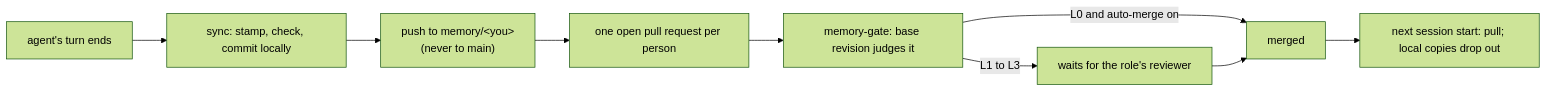
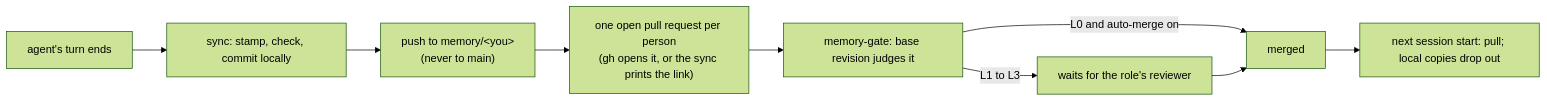
The third of 6 diagrams in .github/README.md (Kshitij-KS/Cairn), drawn with Mermaid (forest theme) before and after one commit. The commit also changed other lines of this file and 24 other files, not shown here.

````diff
--- a/.github/README.md
+++ b/.github/README.md
@@ -218,10 +229,10 @@
 ```mermaid
 flowchart LR
     A["agent's turn ends"] --> S["sync: stamp, check, commit locally"]
     S --> B["push to memory/&lt;you&gt;<br/>(never to main)"]
-    B --> P["one open pull request per person"]
+    B --> P["one open pull request per person<br/>(gh opens it, or the sync prints the link)"]
     P --> G["memory-gate: base revision judges it"]
     G -->|L0 and auto-merge on| M["merged"]
     G -->|L1 to L3| R["waits for the role's reviewer"] --> M
     M --> N["next session start: pull; local copies drop out"]
 ```
````
